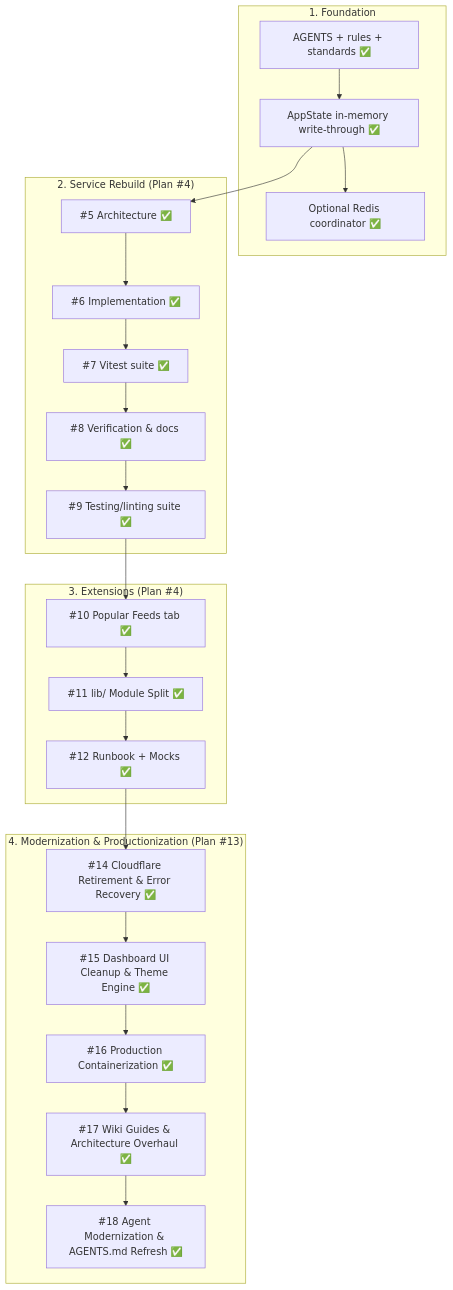
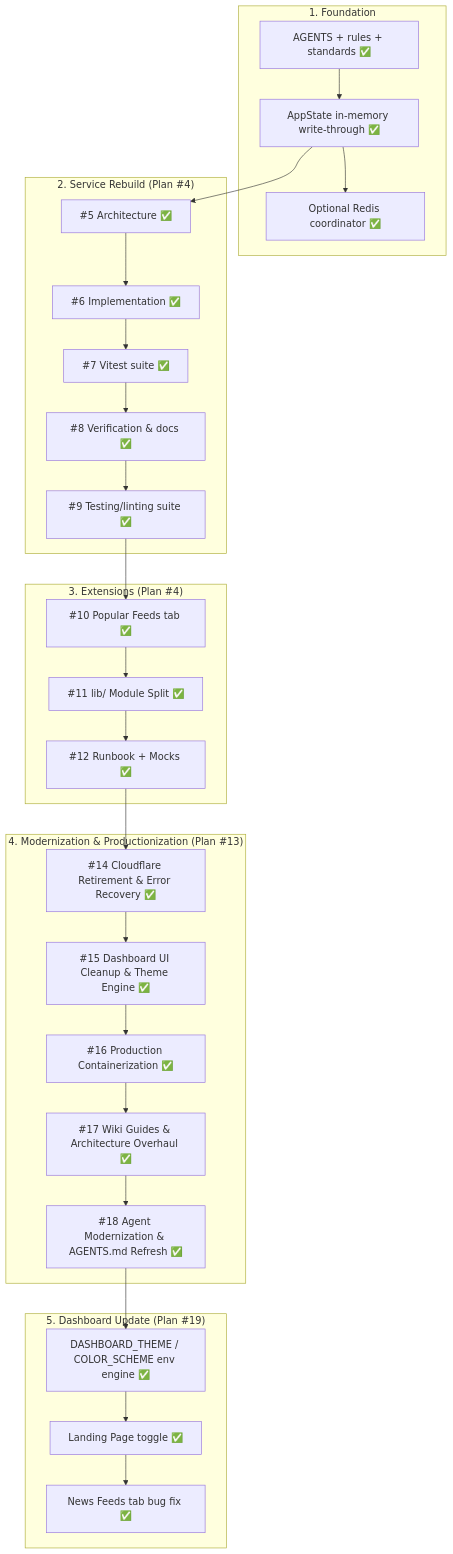
One commit to HELIX-Origin/Discord-RSS changed the diagram in .agents/plans/roadmap.md. Above: the diagram before and after it, drawn with Mermaid. The commit also changed other lines of this file and 5 other files, not shown here.

````diff
--- a/.agents/plans/roadmap.md
+++ b/.agents/plans/roadmap.md
@@ -7,35 +7,42 @@
 ```mermaid
 flowchart TD
     subgraph Foundation ["1. Foundation"]
         P0["AGENTS + rules + standards ✅"]
         A["AppState in-memory write-through ✅"]
         R["Optional Redis coordinator ✅"]
     end
 
     subgraph Rebuild ["2. Service Rebuild (Plan #4)"]
         S1["#5 Architecture ✅"]
         S2["#6 Implementation ✅"]
         S3["#7 Vitest suite ✅"]
         S4["#8 Verification & docs ✅"]
         S5["#9 Testing/linting suite ✅"]
     end
 
     subgraph Extensions ["3. Extensions (Plan #4)"]
         S6["#10 Popular Feeds tab ✅"]
         S7["#11 lib/ Module Split ✅"]
         S8["#12 Runbook + Mocks ✅"]
     end
 
     subgraph Modernization ["4. Modernization & Productionization (Plan #13)"]
         M1["#14 Cloudflare Retirement & Error Recovery ✅"]
         M2["#15 Dashboard UI Cleanup & Theme Engine ✅"]
         M3["#16 Production Containerization ✅"]
         M4["#17 Wiki Guides & Architecture Overhaul ✅"]
         M5["#18 Agent Modernization & AGENTS.md Refresh ✅"]
     end
 
+    subgraph Dashboard ["5. Dashboard Update (Plan #19)"]
+        D1["DASHBOARD_THEME / COLOR_SCHEME env engine ✅"]
+        D2["Landing Page toggle ✅"]
+        D3["News Feeds tab bug fix ✅"]
+    end
+
     P0 --> A --> S1 --> S2 --> S3 --> S4 --> S5
     A --> R
     S5 --> S6 --> S7 --> S8
     S8 --> M1 --> M2 --> M3 --> M4 --> M5
+    M5 --> D1 --> D2 --> D3
 ```
````
